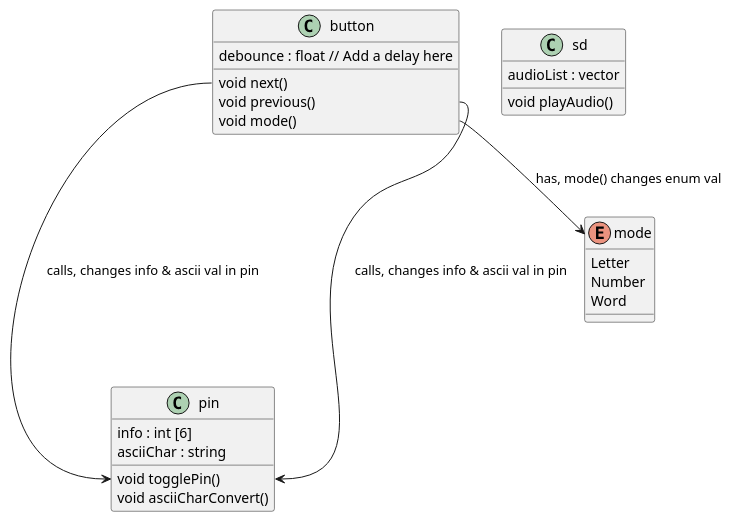
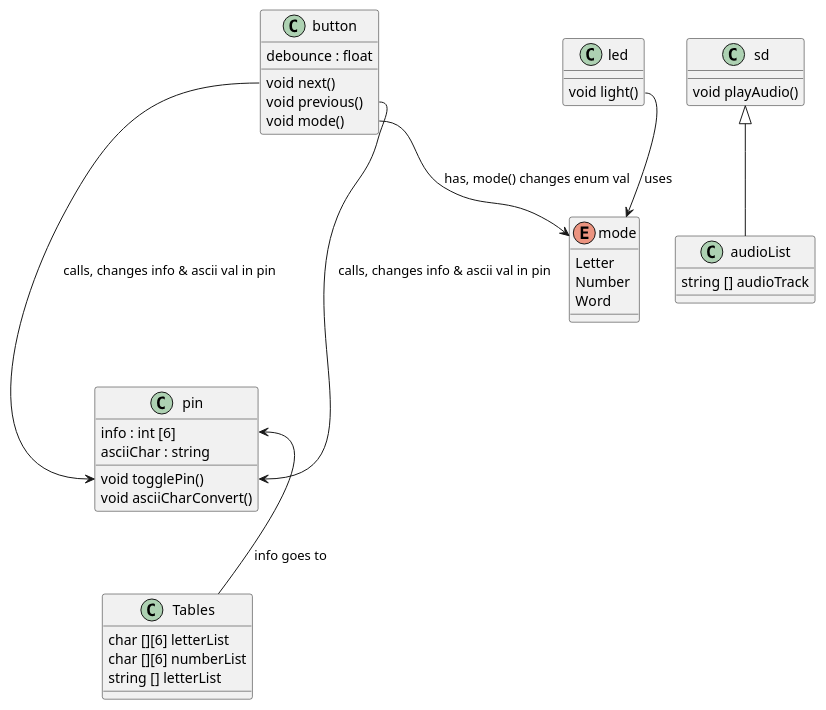
Before and after one commit to nathe6/ENGR696-Braille: the diagram in Braille_Project/main/Braille.puml, drawn with PlantUML. The commit also changed 2 other files, not shown here.

Commit message:
First uml design

```diff
--- a/Braille_Project/main/Braille.puml
+++ b/Braille_Project/main/Braille.puml
@@ -1,32 +1,45 @@
 @startuml braille
 
 class pin {
     info : int [6]
     asciiChar : string
     void togglePin()
     void asciiCharConvert()
 }
 
+    pin::info <-- Tables : info goes to
+    Tables : char [][6] letterList
+    Tables : char [][6] numberList
+    Tables : string [] letterList
+
 class button {
-    debounce : float // Add a delay here
+    debounce : float 
     void next() 
     void previous()
     void mode()
 }
 
 class sd {
-    audioList : vector
     void playAudio()
 }
+
+    sd <|-- audioList 
+    audioList : string [] audioTrack
+
+class led {
+    void light()
+}
+
+    led::light --> mode : uses
 
 enum mode {
     Letter
     Number
     Word
 } 
 
-button::next ---> pin::togglePin : calls, changes info & ascii val in pin
-button::previous ---> pin::togglePin : calls, changes info & ascii val in pin
-button::mode --> mode : has, mode() changes enum val
+    button::next ---> pin::togglePin : calls, changes info & ascii val in pin
+    button::previous ---> pin::togglePin : calls, changes info & ascii val in pin
+    button::mode --> mode : has, mode() changes enum val
 
 @enduml
```
